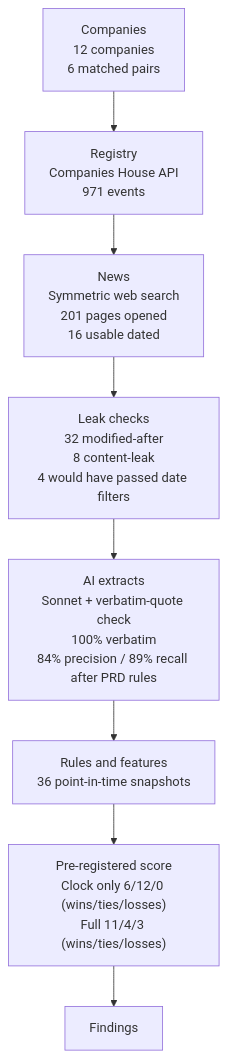
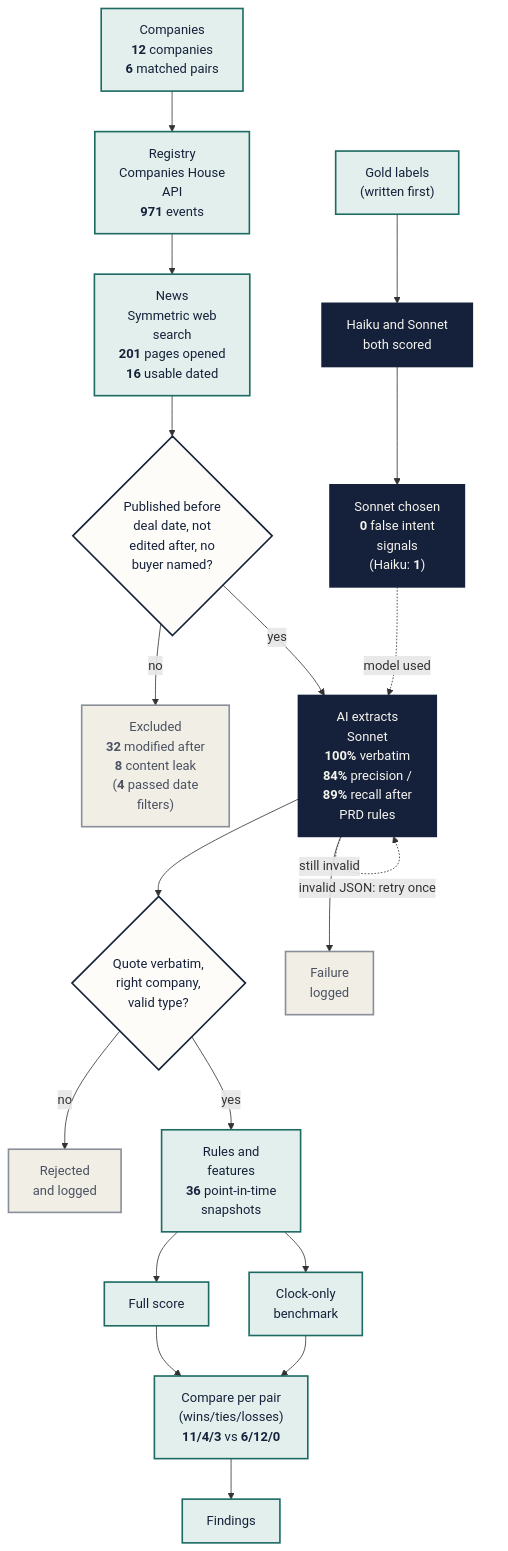
One commit to devashish-1305/deal-radar changed the first of 3 diagrams in docs/architecture.md. Above: the diagram before and after it, drawn with Mermaid. The commit also changed other lines of this file and 1 other file, not shown here.

Commit message:
docs: architecture decisions and feedback loops

````diff
--- a/docs/architecture.md
+++ b/docs/architecture.md
@@ -7,12 +7,43 @@
 ```mermaid
 flowchart TD
-    A1["Companies<br/>12 companies<br/>6 matched pairs"]
-    A2["Registry<br/>Companies House API<br/>971 events"]
-    A3["News<br/>Symmetric web search<br/>201 pages opened<br/>16 usable dated"]
-    A4["Leak checks<br/>32 modified-after<br/>8 content-leak<br/>4 would have passed date filters"]
-    A5["AI extracts<br/>Sonnet + verbatim-quote check<br/>100% verbatim<br/>84% precision / 89% recall after PRD rules"]
-    A6["Rules and features<br/>36 point-in-time snapshots"]
-    A7["Pre-registered score<br/>Clock only 6/12/0 (wins/ties/losses)<br/>Full 11/4/3 (wins/ties/losses)"]
-    A8["Findings"]
-    A1 --> A2 --> A3 --> A4 --> A5 --> A6 --> A7 --> A8
+    COMP["Companies<br/><b>12</b> companies<br/><b>6</b> matched pairs"]
+    REG["Registry<br/>Companies House<br/>API<br/><b>971</b> events"]
+    NEWS["News<br/>Symmetric web<br/>search<br/><b>201</b> pages opened<br/><b>16</b> usable dated"]
+    LEAKQ{"Published before<br/>deal date, not<br/>edited after, no<br/>buyer named?"}
+    EXCL["Excluded<br/><b>32</b> modified after<br/><b>8</b> content leak<br/>(<b>4</b> passed date<br/>filters)"]
+    AI["AI extracts<br/>Sonnet<br/><b>100%</b> verbatim<br/><b>84%</b> precision /<br/><b>89%</b> recall after<br/>PRD rules"]
+    OUTQ{"Quote verbatim,<br/>right company,<br/>valid type?"}
+    REJ["Rejected<br/>and logged"]
+    FAIL["Failure<br/>logged"]
+    RULES["Rules and<br/>features<br/><b>36</b> point-in-time<br/>snapshots"]
+    FULL["Full score"]
+    CLOCK["Clock-only<br/>benchmark"]
+    CMPR["Compare per pair<br/>(wins/ties/losses)<br/><b>11/4/3</b> vs <b>6/12/0</b>"]
+    FIND["Findings"]
+    GOLD["Gold labels<br/>(written first)"]
+    SCORED["Haiku and Sonnet<br/>both scored"]
+    CHOSEN["Sonnet chosen<br/><b>0</b> false intent<br/>signals<br/>(Haiku: <b>1</b>)"]
+    COMP --> REG --> NEWS --> LEAKQ
+    LEAKQ -->|"yes"| AI
+    LEAKQ -->|"no"| EXCL
+    AI --> OUTQ
+    AI -.->|"invalid JSON: retry once"| AI
+    AI -->|"still invalid"| FAIL
+    OUTQ -->|"yes"| RULES
+    OUTQ -->|"no"| REJ
+    RULES --> FULL
+    RULES --> CLOCK
+    FULL --> CMPR
+    CLOCK --> CMPR
+    CMPR --> FIND
+    GOLD --> SCORED --> CHOSEN
+    CHOSEN -.->|"model used"| AI
+    classDef built fill:#E3EFEC,stroke:#1D6B63,stroke-width:2px,color:#15213A
+    classDef ai fill:#15213A,stroke:#15213A,stroke-width:2px,color:#F6F4EE
+    classDef decision fill:#FDFCF9,stroke:#15213A,stroke-width:2px,color:#15213A
+    classDef excluded fill:#F1EEE6,stroke:#8A8F99,stroke-width:2px,color:#4A5160
+    class COMP,REG,NEWS,RULES,FULL,CLOCK,CMPR,FIND,GOLD built
+    class AI,SCORED,CHOSEN ai
+    class LEAKQ,OUTQ decision
+    class EXCL,REJ,FAIL excluded
 ```
````
